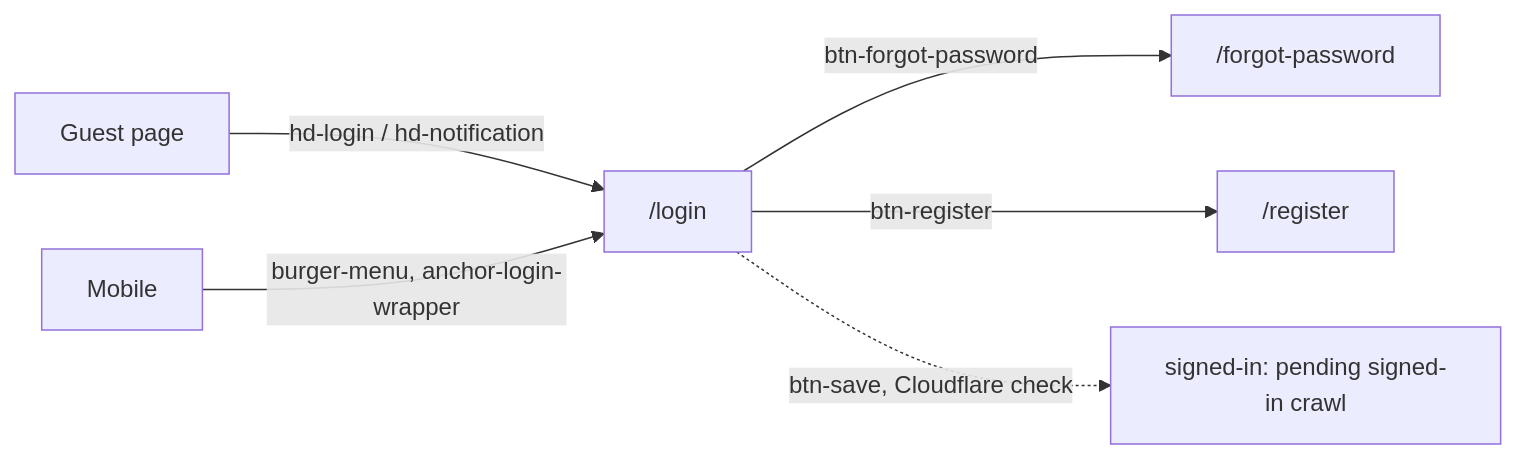
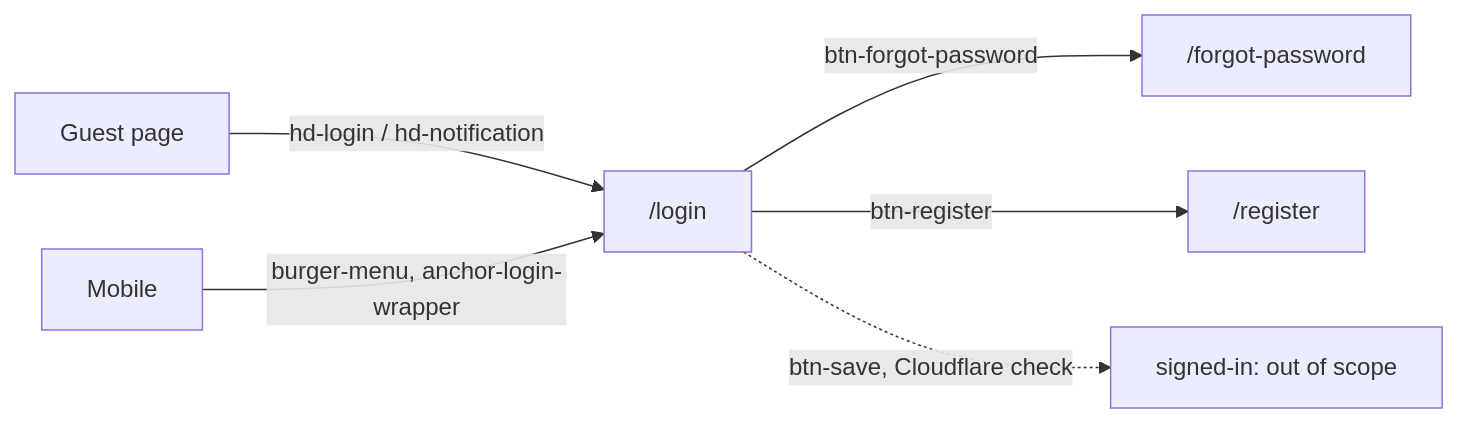
One commit to frosteve665/kumparan-qa-automation changed the diagram in docs/features/auth.md. Above: the diagram before and after it, drawn with Mermaid. The commit also changed other lines of this file and 15 other files, not shown here.

````diff
--- a/docs/features/auth.md
+++ b/docs/features/auth.md
@@ -15,8 +15,8 @@
 ```mermaid
 flowchart LR
   G[Guest page] -->|hd-login / hd-notification| L["/login"]
   M[Mobile] -->|burger-menu, anchor-login-wrapper| L
   L -->|btn-forgot-password| F["/forgot-password"]
   L -->|btn-register| R["/register"]
-  L -.->|btn-save, Cloudflare check| S[signed-in: pending signed-in crawl]
+  L -.->|btn-save, Cloudflare check| S[signed-in: out of scope]
 ```
````
